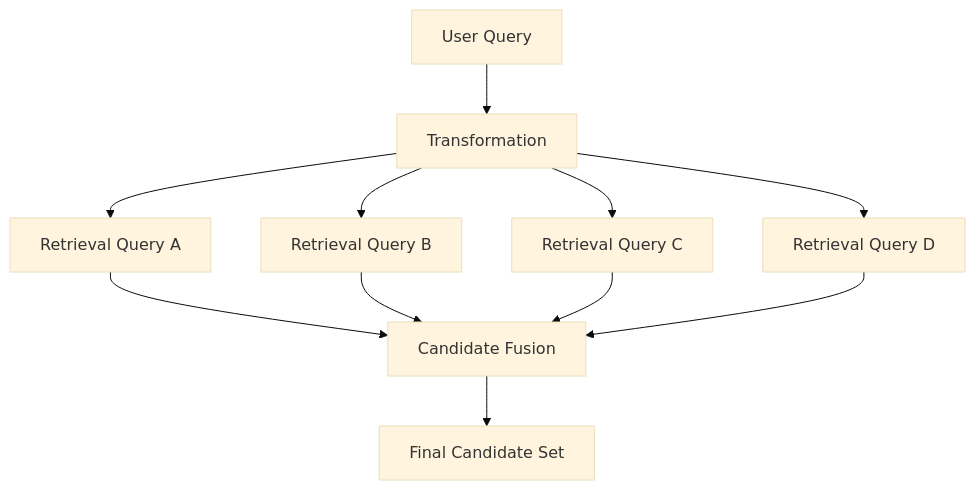
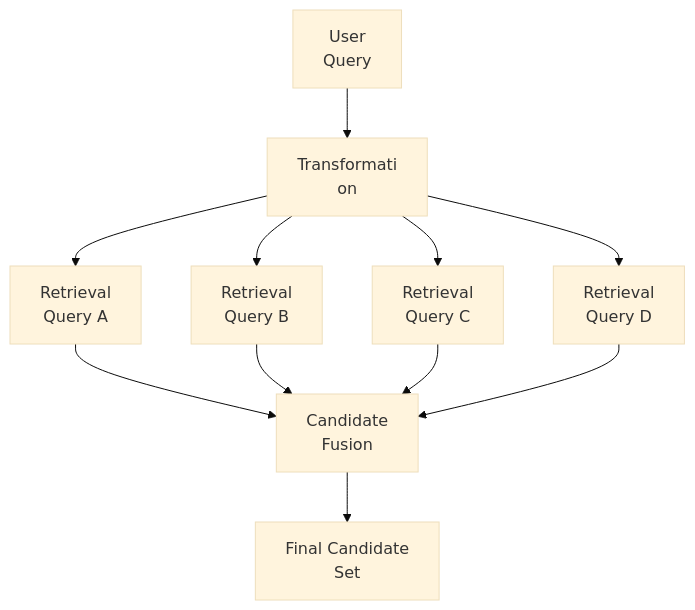
Before and after one commit to MihirKJha/enterprise-ai-blog: the fourth of 6 diagrams in docs/architecture-insights/genai-and-rag/2.3-engineering-query-transformation-pipelines-for-enterprise-retrieval.md, drawn with Mermaid (base theme). The commit also changed other lines of this file, not shown here.

Commit message:
Updated notes
Updated notes

````diff
--- a/docs/architecture-insights/genai-and-rag/2.3-engineering-query-transformation-pipelines-for-enterprise-retrieval.md
+++ b/docs/architecture-insights/genai-and-rag/2.3-engineering-query-transformation-pipelines-for-enterprise-retrieval.md
@@ -250,25 +250,25 @@
 ```mermaid
 graph TD
-    A[User Query]
-    B[Transformation]
-    C[Retrieval Query A]
-    D[Retrieval Query B]
-    E[Retrieval Query C]
-    F[Retrieval Query D]
-    G[Candidate Fusion]
-    H[Final Candidate Set]
+    A[User<br/>Query]
+    B[Transformati<br/>on]
+    C[Retrieval<br/>Query A]
+    D[Retrieval<br/>Query B]
+    E[Retrieval<br/>Query C]
+    F[Retrieval<br/>Query D]
+    G[Candidate<br/>Fusion]
+    H[Final Candidate<br/>Set]
 
     A --> B
 
     B --> C
     B --> D
     B --> E
     B --> F
 
     C --> G
     D --> G
     E --> G
     F --> G
 
     G --> H
 ```
````
